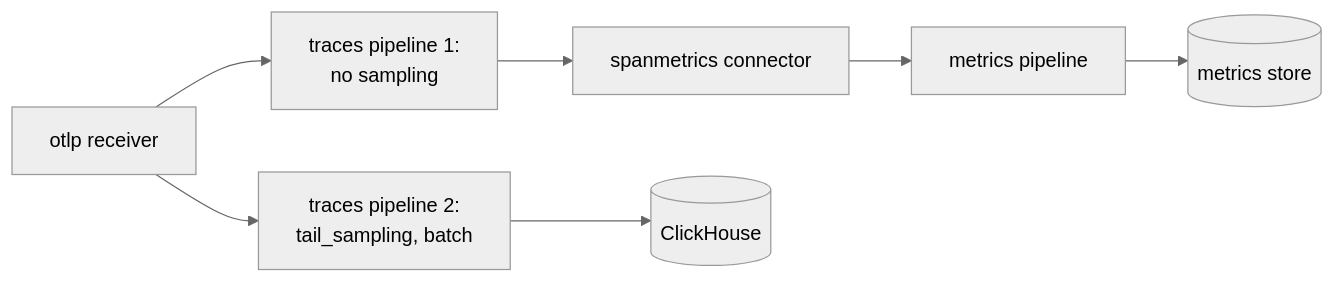
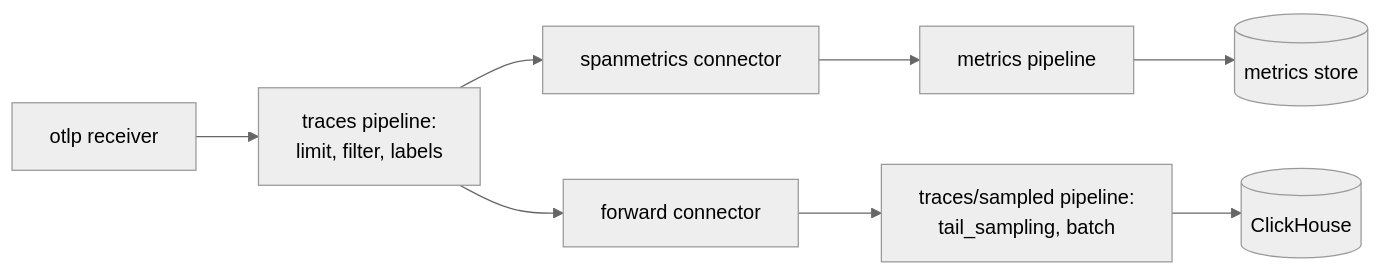
Before and after one commit to mdfarooqii/agent-tracing-otel-clickhouse: the second of 3 diagrams in docs/tutorial/05-sampling.md, drawn with Mermaid (neutral theme). The commit also changed other lines of this file and 1 other file, not shown here.

First line of the commit message:
Module 5: process spans once, then split with the forward connector

````diff
--- a/docs/tutorial/05-sampling.md
+++ b/docs/tutorial/05-sampling.md
@@ -335,7 +340,6 @@
 ```mermaid
 flowchart LR
-  R[otlp receiver] --> P1["traces pipeline 1:<br/>no sampling"]
-  R --> P2["traces pipeline 2:<br/>tail_sampling, batch"]
+  R[otlp receiver] --> P1["traces pipeline:<br/>limit, filter, labels"]
   P1 --> SM[spanmetrics connector] --> M["metrics pipeline"] --> MB[(metrics store)]
-  P2 --> CH[(ClickHouse)]
+  P1 --> F[forward connector] --> P2["traces/sampled pipeline:<br/>tail_sampling, batch"] --> CH[(ClickHouse)]
 ```
````
